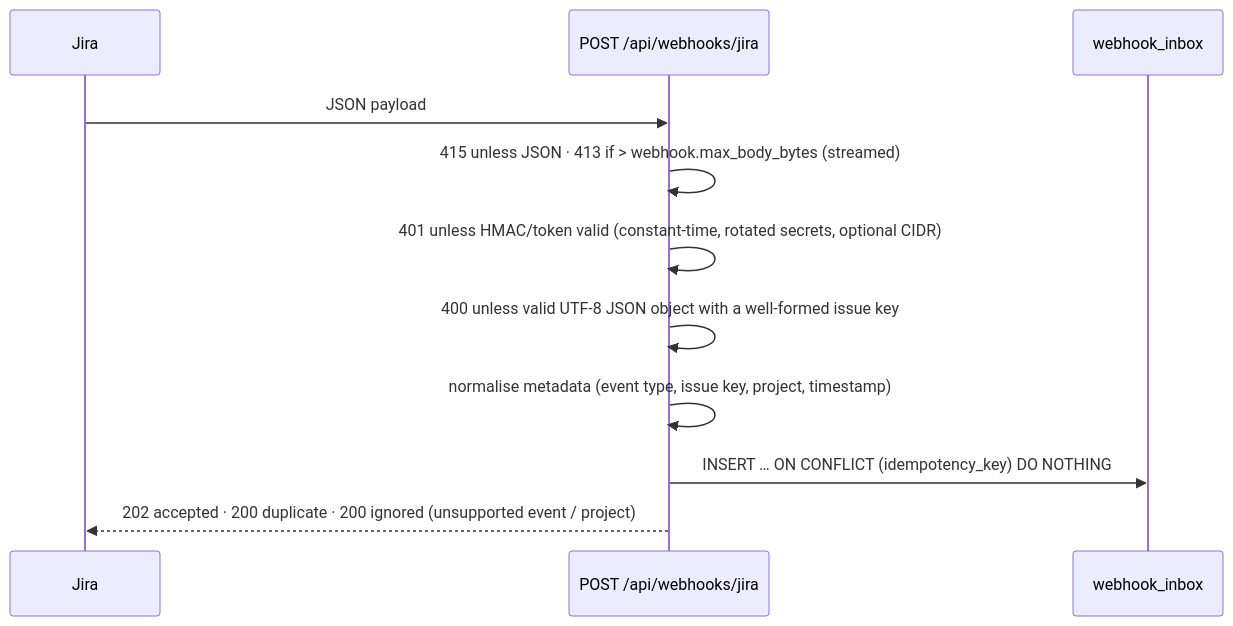
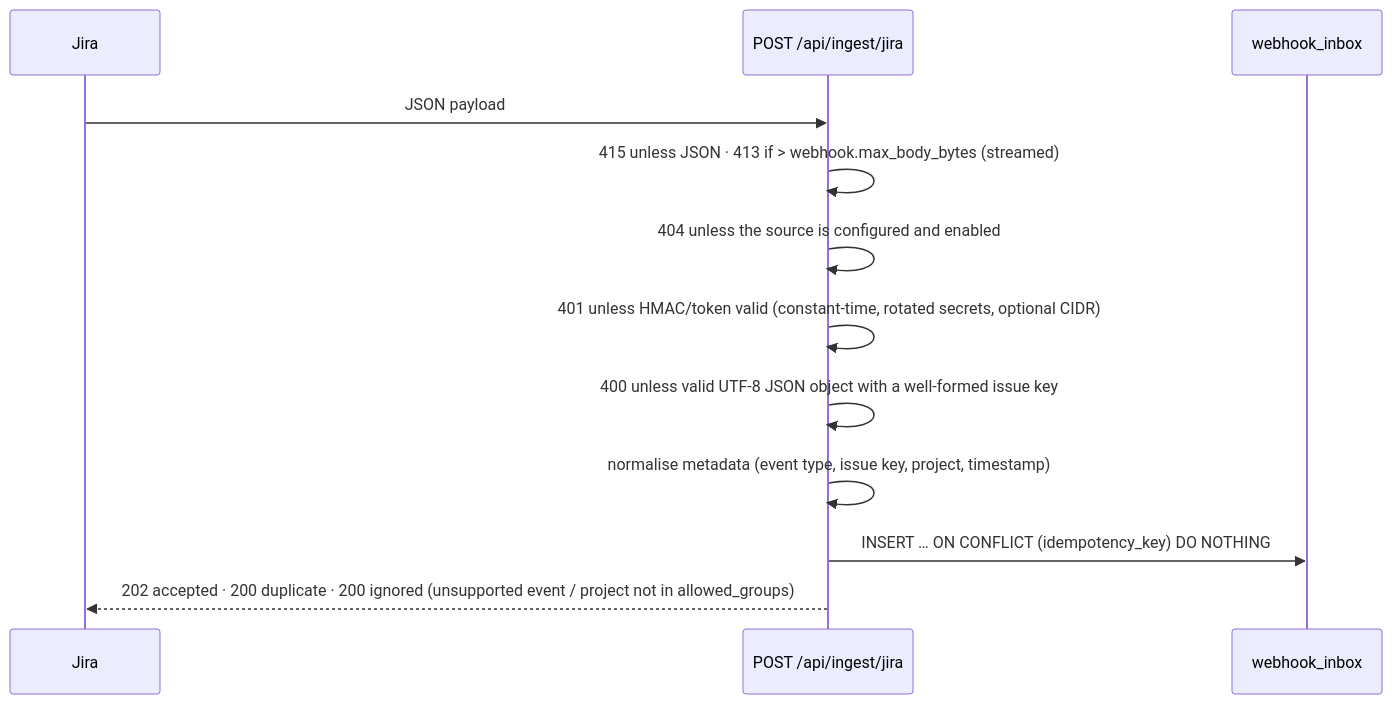
Before and after one commit to mecitsemerci/branchops-intelligence: the diagram in docs/jira-integration.md, drawn with Mermaid. The commit also changed other lines of this file and 81 other files, not shown here.

````diff
--- a/docs/jira-integration.md
+++ b/docs/jira-integration.md
@@ -22,13 +26,14 @@
 ```mermaid
 sequenceDiagram
     participant J as Jira
-    participant A as POST /api/webhooks/jira
+    participant A as POST /api/ingest/jira
     participant DB as webhook_inbox
     J->>A: JSON payload
     A->>A: 415 unless JSON · 413 if > webhook.max_body_bytes (streamed)
+    A->>A: 404 unless the source is configured and enabled
     A->>A: 401 unless HMAC/token valid (constant-time, rotated secrets, optional CIDR)
     A->>A: 400 unless valid UTF-8 JSON object with a well-formed issue key
     A->>A: normalise metadata (event type, issue key, project, timestamp)
     A->>DB: INSERT … ON CONFLICT (idempotency_key) DO NOTHING
-    A-->>J: 202 accepted · 200 duplicate · 200 ignored (unsupported event / project)
+    A-->>J: 202 accepted · 200 duplicate · 200 ignored (unsupported event / project not in allowed_groups)
 ```
````
